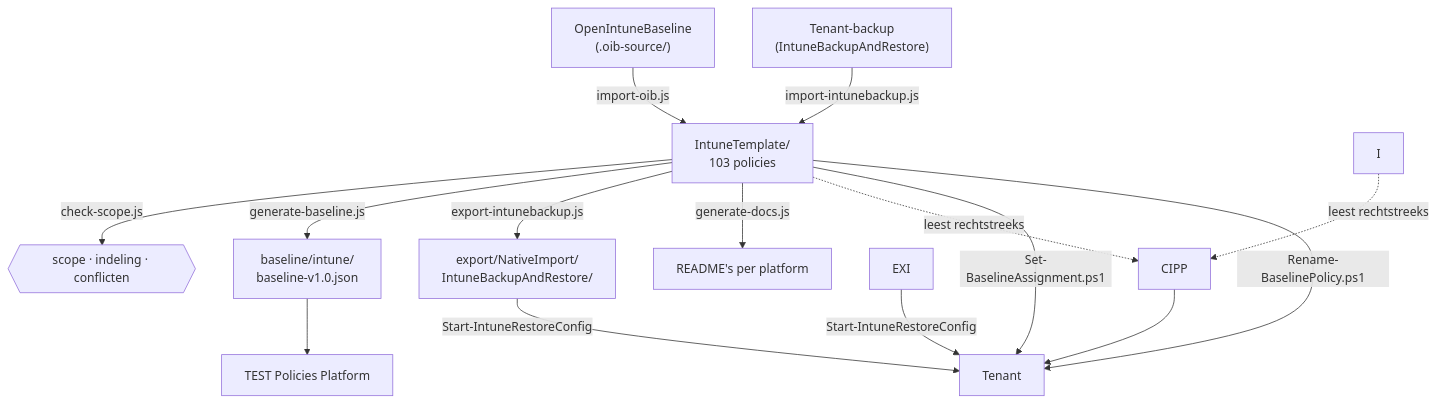
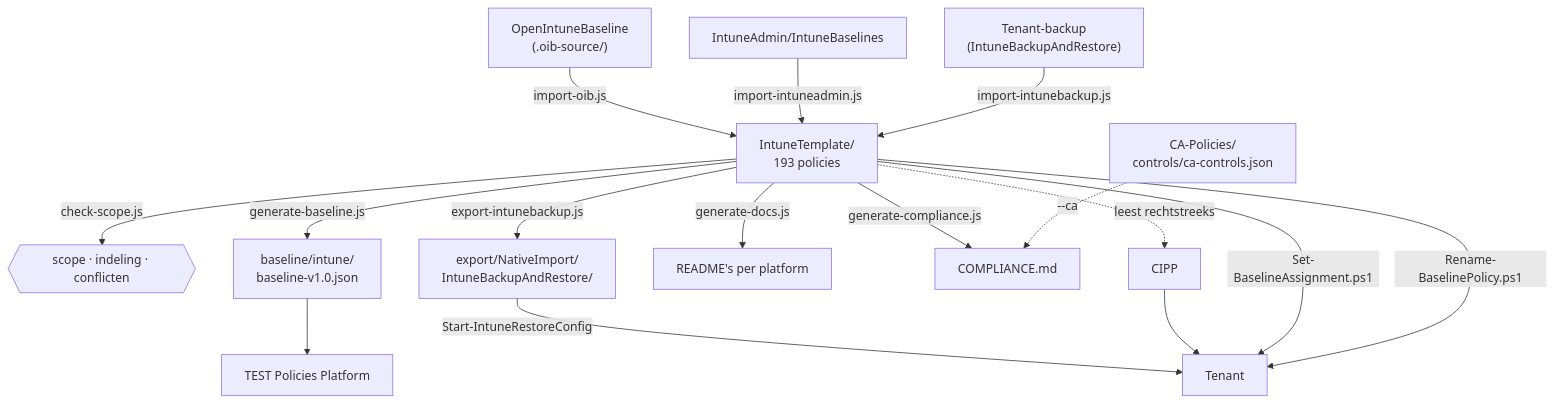
The diagram in scripts/README.md (sjkanon/IntuneBackup), drawn with Mermaid before and after one commit. The commit also changed other lines of this file and 1 other file, not shown here.

First line of the commit message:
scripts/README.md miste het script dat COMPLIANCE.md schrijft

````diff
--- a/scripts/README.md
+++ b/scripts/README.md
@@ -7,18 +7,19 @@
 ```mermaid
 flowchart TD
   OIB["OpenIntuneBaseline<br/>(.oib-source/)"] -->|import-oib.js| T
+  IA["IntuneAdmin/IntuneBaselines"] -->|import-intuneadmin.js| T
   TEN["Tenant-backup<br/>(IntuneBackupAndRestore)"] -->|import-intunebackup.js| T
-  T["IntuneTemplate/<br/>103 policies"]
+  T["IntuneTemplate/<br/>193 policies"]
   T -->|check-scope.js| CHK{{"scope · indeling · conflicten"}}
   T -->|generate-baseline.js| BL["baseline/intune/<br/>baseline-v1.0.json"]
   T -->|export-intunebackup.js| EX["export/NativeImport/<br/>IntuneBackupAndRestore/"]
-  I -.->|leest rechtstreeks| CIPP
-  EXI -->|Start-IntuneRestoreConfig| TENANT
   T -->|generate-docs.js| DOC["README's per platform"]
+  T -->|generate-compliance.js| CMP["COMPLIANCE.md"]
+  CA["CA-Policies/<br/>controls/ca-controls.json"] -.->|--ca| CMP
   T -.->|leest rechtstreeks| CIPP["CIPP"]
   BL --> PLAT["TEST Policies Platform"]
   EX -->|Start-IntuneRestoreConfig| TENANT["Tenant"]
   CIPP --> TENANT
   T -->|Set-BaselineAssignment.ps1| TENANT
   T -->|Rename-BaselinePolicy.ps1| TENANT
 ```
````
